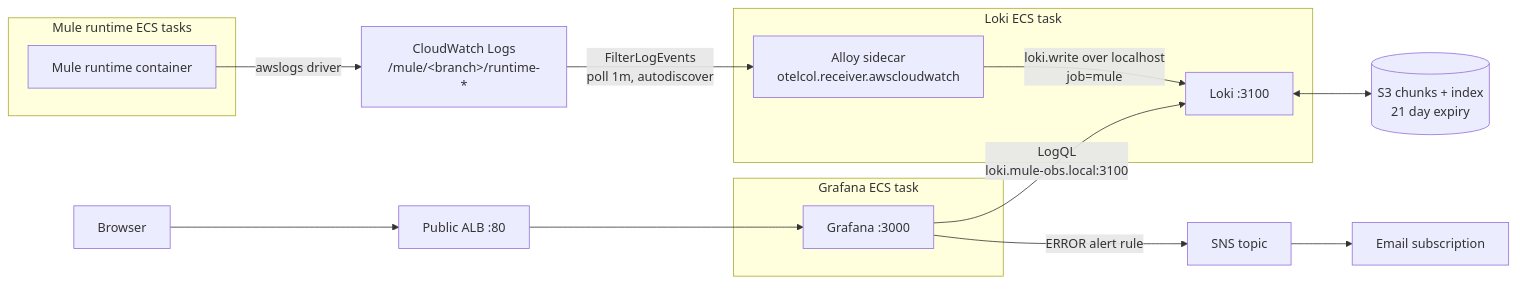
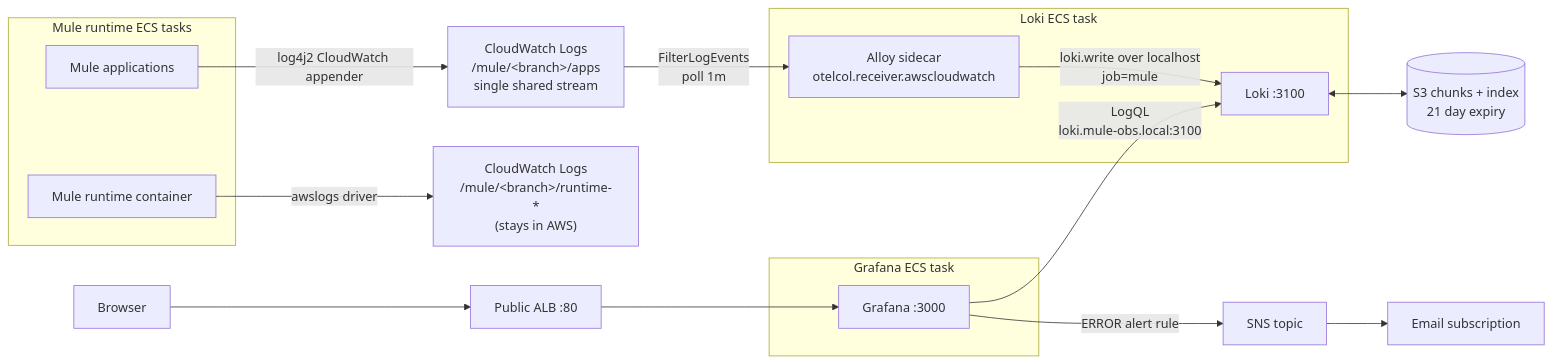
One commit to GemeenteNijmegen/mule-infra changed the diagram in README.md. Above: the diagram before and after it, drawn with Mermaid. The commit also changed other lines of this file and 8 other files, not shown here.

Commit message:
feat: add log group for mule apps to separate them

````diff
--- a/README.md
+++ b/README.md
@@ -91,27 +113,29 @@
 ```mermaid
 flowchart LR
     U["Browser"] --> ALB["Public ALB :80"]
 
     subgraph muleTask["Mule runtime ECS tasks"]
         MR["Mule runtime container"]
+        MA["Mule applications"]
     end
 
-    MR -- "awslogs driver" --> CW["CloudWatch Logs<br/>/mule/&lt;branch&gt;/runtime-*"]
+    MR -- "awslogs driver" --> CWR["CloudWatch Logs<br/>/mule/&lt;branch&gt;/runtime-*<br/>(stays in AWS)"]
+    MA -- "log4j2 CloudWatch appender" --> CWA["CloudWatch Logs<br/>/mule/&lt;branch&gt;/apps<br/>single shared stream"]
 
     subgraph lokiTask["Loki ECS task"]
         AL["Alloy sidecar<br/>otelcol.receiver.awscloudwatch"]
         LK["Loki :3100"]
         AL -- "loki.write over localhost<br/>job=mule" --> LK
     end
 
-    CW -- "FilterLogEvents<br/>poll 1m, autodiscover" --> AL
+    CWA -- "FilterLogEvents<br/>poll 1m" --> AL
     LK <--> S3[("S3 chunks + index<br/>21 day expiry")]
 
     subgraph grafanaTask["Grafana ECS task"]
         GR["Grafana :3000"]
     end
 
     ALB --> GR
     GR -- "LogQL<br/>loki.mule-obs.local:3100" --> LK
     GR -- "ERROR alert rule" --> SNS["SNS topic"] --> MAIL["Email subscription"]
 ```
````
